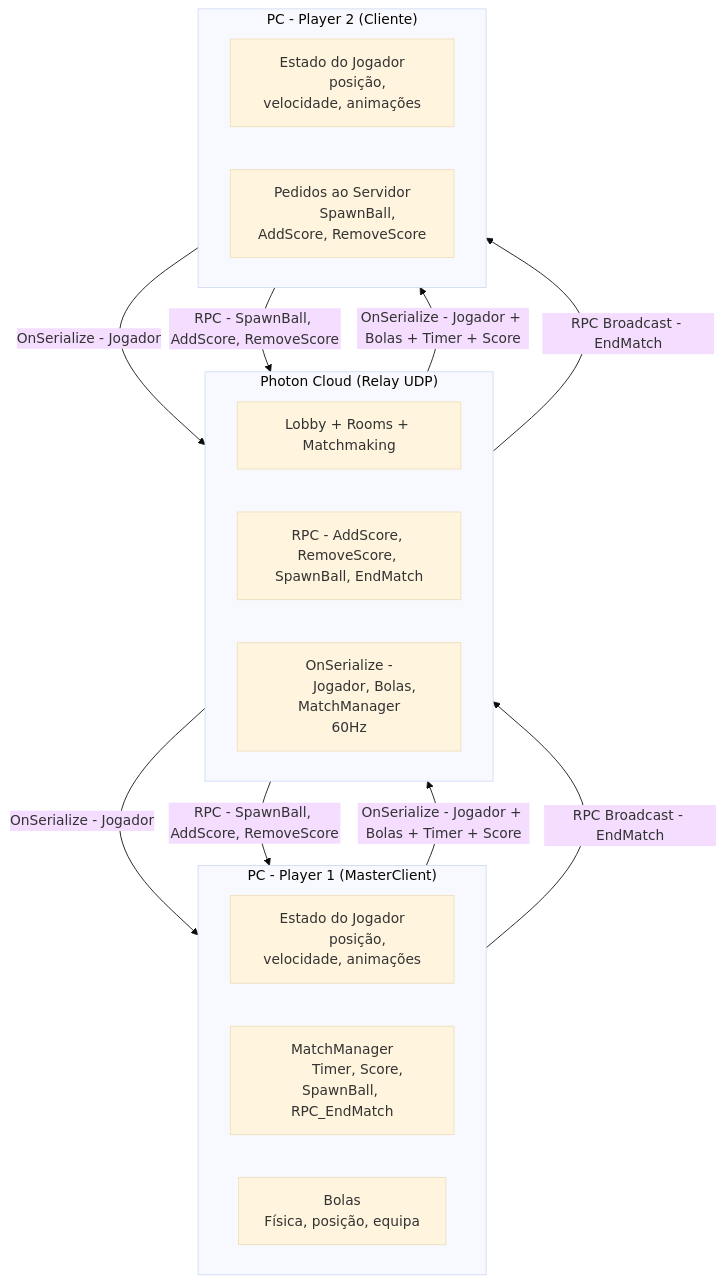
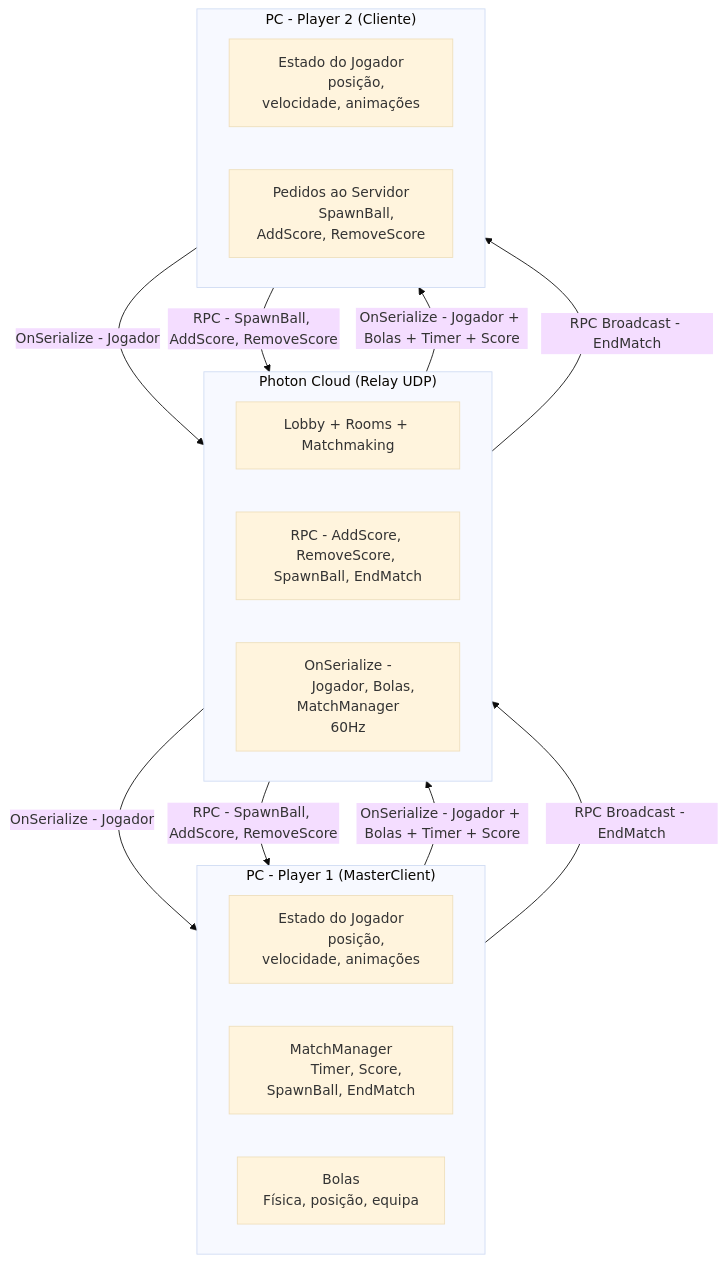
One commit to DinisB/NetGame changed the diagram in readme.md. Above: the diagram before and after it, drawn with Mermaid (base theme).

Commit message:
Updated graph

````diff
--- a/readme.md
+++ b/readme.md
@@ -97,37 +97,37 @@
 ```mermaid
 flowchart TB
     subgraph PC1["PC - Player 1 (MasterClient)"]
         A1["Estado do Jogador
         posição, velocidade, animações"]
         A2["MatchManager
-        Timer, Score, SpawnBall, RPC_EndMatch"]
+        Timer, Score, SpawnBall, EndMatch"]
         A3["Bolas
         Física, posição, equipa"]
     end
 
     subgraph CLOUD["Photon Cloud (Relay UDP)"]
         B1["Lobby + Rooms + Matchmaking"]
         B2["RPC - AddScore, RemoveScore, SpawnBall, EndMatch"]
         B3["OnSerialize -
         Jogador, Bolas, MatchManager\n60Hz"]
     end
 
     subgraph PC2["PC - Player 2 (Cliente)"]
         C1["Estado do Jogador
         posição, velocidade, animações"]
         C2["Pedidos ao Servidor
         SpawnBall, AddScore, RemoveScore"]
     end
 
     PC1 -- "OnSerialize - Jogador + Bolas + Timer + Score" --> CLOUD
     CLOUD -- "OnSerialize - Jogador + Bolas + Timer + Score" --> PC2
 
     PC2 -- "OnSerialize - Jogador" --> CLOUD
     CLOUD -- "OnSerialize - Jogador" --> PC1
 
     PC2 -- "RPC - SpawnBall, AddScore, RemoveScore" --> CLOUD
     CLOUD -- "RPC - SpawnBall, AddScore, RemoveScore" --> PC1
 
     PC1 -- "RPC Broadcast - EndMatch" --> CLOUD
     CLOUD -- "RPC Broadcast - EndMatch" --> PC2
 ```
````
